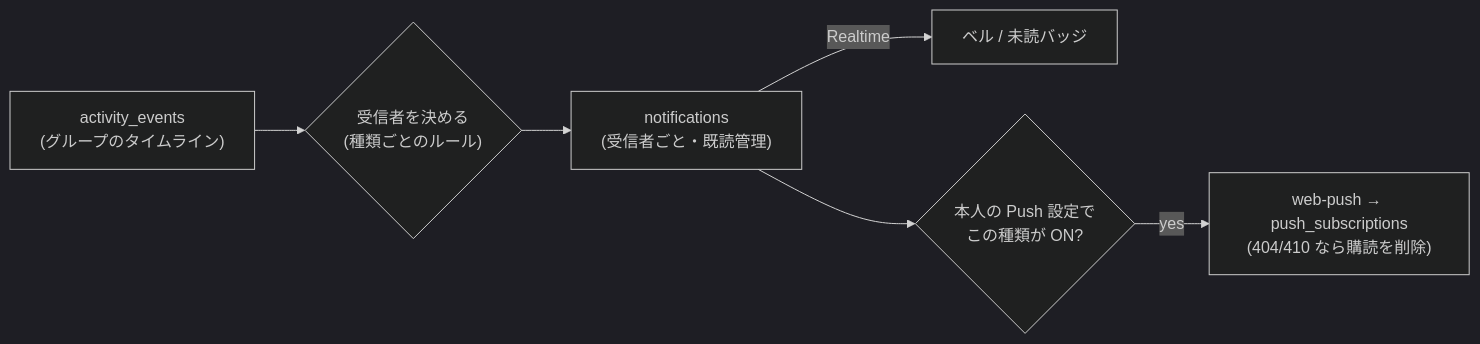
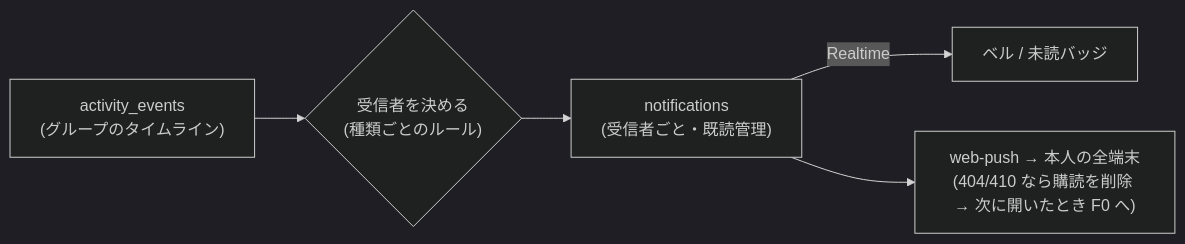
Before and after one commit to ashilal1/force-study-app: the sixth of 6 diagrams in docs/architecture.md, drawn with Mermaid (dark theme). The commit also changed other lines of this file and 6 other files, not shown here.

````diff
--- a/docs/architecture.md
+++ b/docs/architecture.md
@@ -171,8 +195,7 @@
 ```mermaid
 flowchart LR
     E["activity_events<br/>(グループのタイムライン)"] --> R{"受信者を決める<br/>(種類ごとのルール)"}
     R --> NT["notifications<br/>(受信者ごと・既読管理)"]
     NT -- Realtime --> BELL["ベル / 未読バッジ"]
-    NT --> P{"本人の Push 設定で<br/>この種類が ON?"}
-    P -- yes --> WP["web-push → push_subscriptions<br/>(404/410 なら購読を削除)"]
+    NT --> WP["web-push → 本人の全端末<br/>(404/410 なら購読を削除 → 次に開いたとき F0 へ)"]
 ```
````
